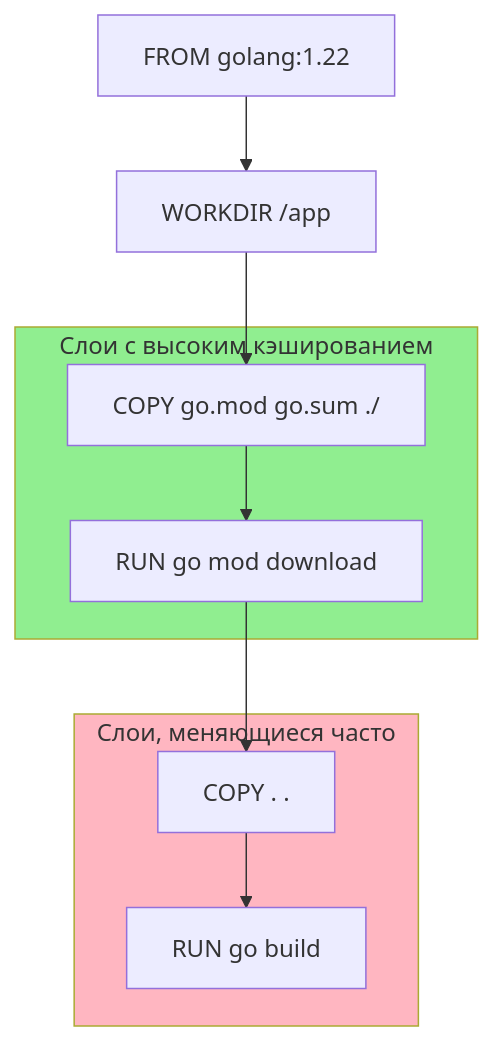
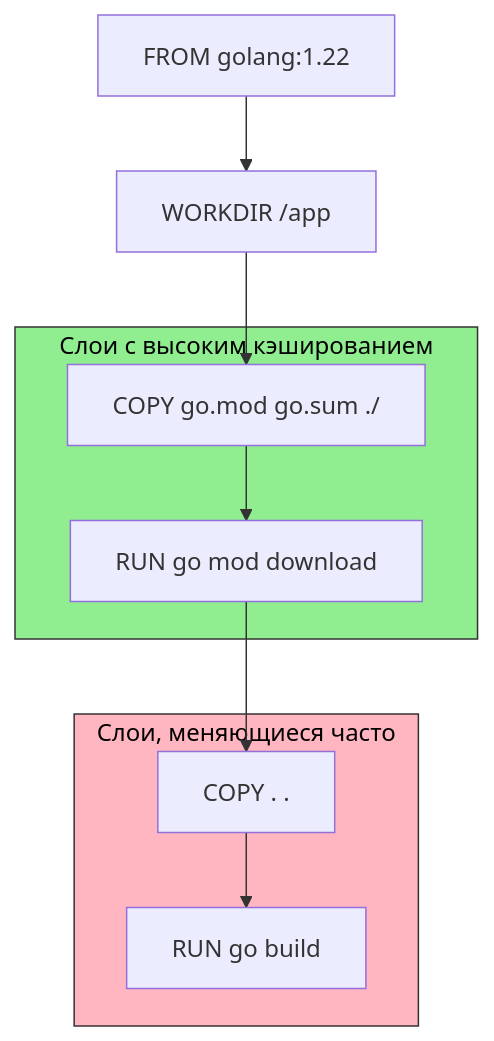
One commit to UnrealTemplier/go-textbook changed the diagram in sources/8. Инфраструктура языка, Тулинг и CI_CD/22. Docker. Основы для Go.md. Above: the diagram before and after it, drawn with Mermaid. The commit also changed other lines of this file, not shown here.

````diff
--- a/sources/8. Инфраструктура языка, Тулинг и CI_CD/22. Docker. Основы для Go.md
+++ b/sources/8. Инфраструктура языка, Тулинг и CI_CD/22. Docker. Основы для Go.md
@@ -48,21 +53,21 @@
 ```mermaid
 flowchart TD
     A["FROM golang:1.22"] --> B["WORKDIR /app"]
     B --> C["COPY go.mod go.sum ./"]
     C --> D["RUN go mod download"]
     D --> E["COPY . ."]
     E --> F["RUN go build"]
     
     subgraph Cache ["Слои с высоким кэшированием"]
         C
         D
     end
     
     subgraph Frequent ["Слои, меняющиеся часто"]
         E
         F
     end
     
-    style Cache fill:#90EE90
-    style Frequent fill:#FFB6C1
+    style Cache fill:#90EE90,stroke:#333,color:#000
+    style Frequent fill:#FFB6C1,stroke:#333,color:#000
 ```
````
